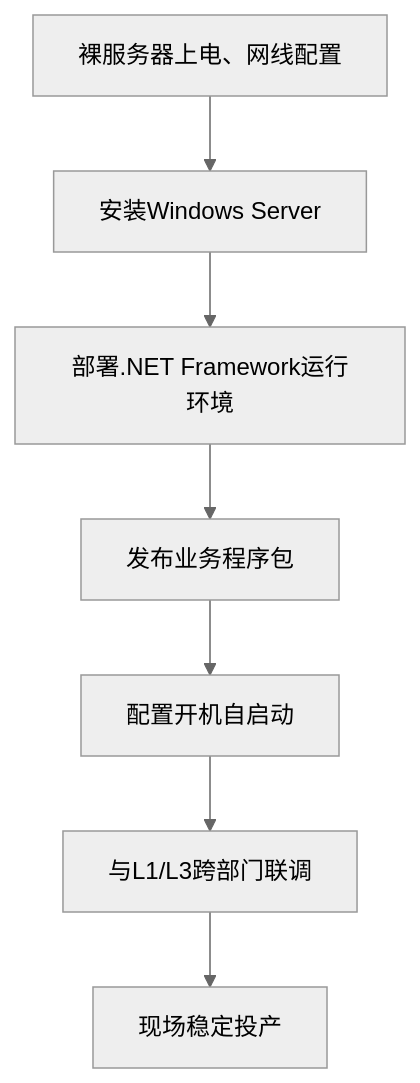
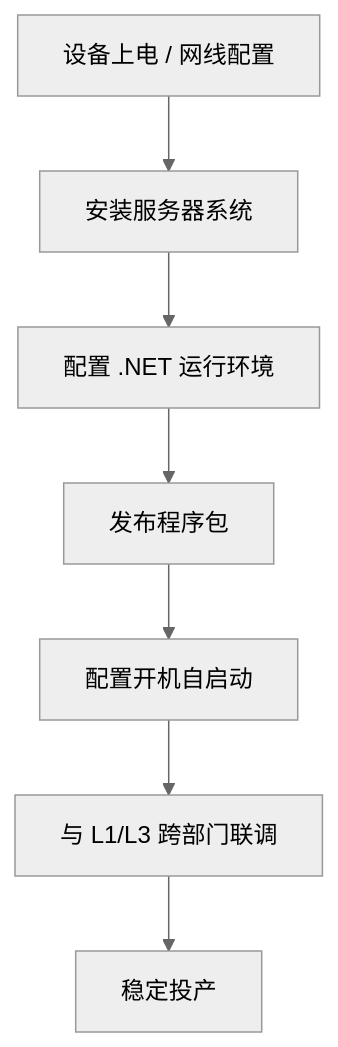
The fourth of 4 diagrams in data/projects/baosteel/01-data-collector/project-doc.md (a869320750/MyHtmlResume), drawn with Mermaid (neutral theme) before and after one commit. The commit also changed other lines of this file and 10 other files, not shown here.

````diff
--- a/data/projects/baosteel/01-data-collector/project-doc.md
+++ b/data/projects/baosteel/01-data-collector/project-doc.md
@@ -67,9 +100,9 @@
 ```mermaid
 flowchart TD
-    A[裸服务器上电、网线配置] --> B[安装Windows Server]
-    B --> C[部署.NET Framework运行环境]
-    C --> D[发布业务程序包]
+    A[设备上电 / 网线配置] --> B[安装服务器系统]
+    B --> C[配置 .NET 运行环境]
+    C --> D[发布程序包]
     D --> E[配置开机自启动]
-    E --> F[与L1/L3跨部门联调]
-    F --> G[现场稳定投产]
+    E --> F[与 L1/L3 跨部门联调]
+    F --> G[稳定投产]
 ```
````
